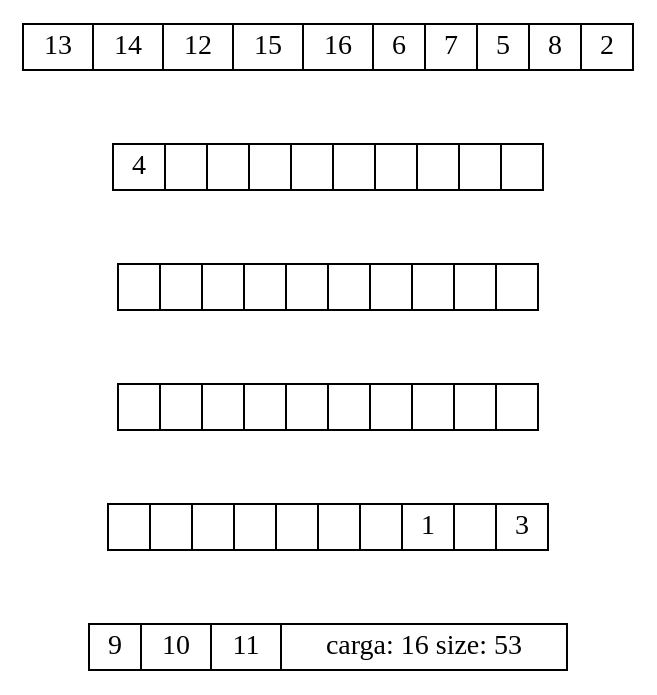
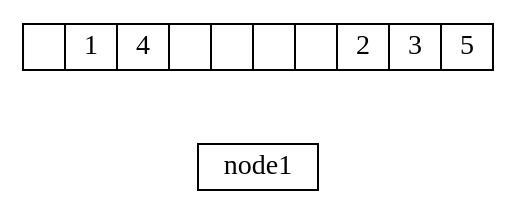
One commit to olgt/Laboratorio_EDD_201612341_Proyecto2 changed the diagram in graficas/HashTabletest.gv. Above: the diagram before and after it, drawn with Graphviz. The commit also changed 80 other files, not shown here.

```diff
--- a/graficas/HashTabletest.gv
+++ b/graficas/HashTabletest.gv
@@ -1,14 +1,5 @@
 digraph g {
 node [shape = record,height=.1]; 
-node0[label="13|14|12|15|16|6|7|5|8|2"];
-node1[label="4|||||||||"];
-node2[label="|||||||||"];
-node3[label="|||||||||"];
-node4[label="|||||||1||3"];
-node5[label="9|10|11|carga: 16 size: 53"]
+node0[label="|1|4|||||2|3|5"];
 node0->node1[style="invis"]
-node1->node2[style="invis"]
-node2->node3[style="invis"]
-node3->node4[style="invis"]
-node4->node5[style="invis"]
 }
```
